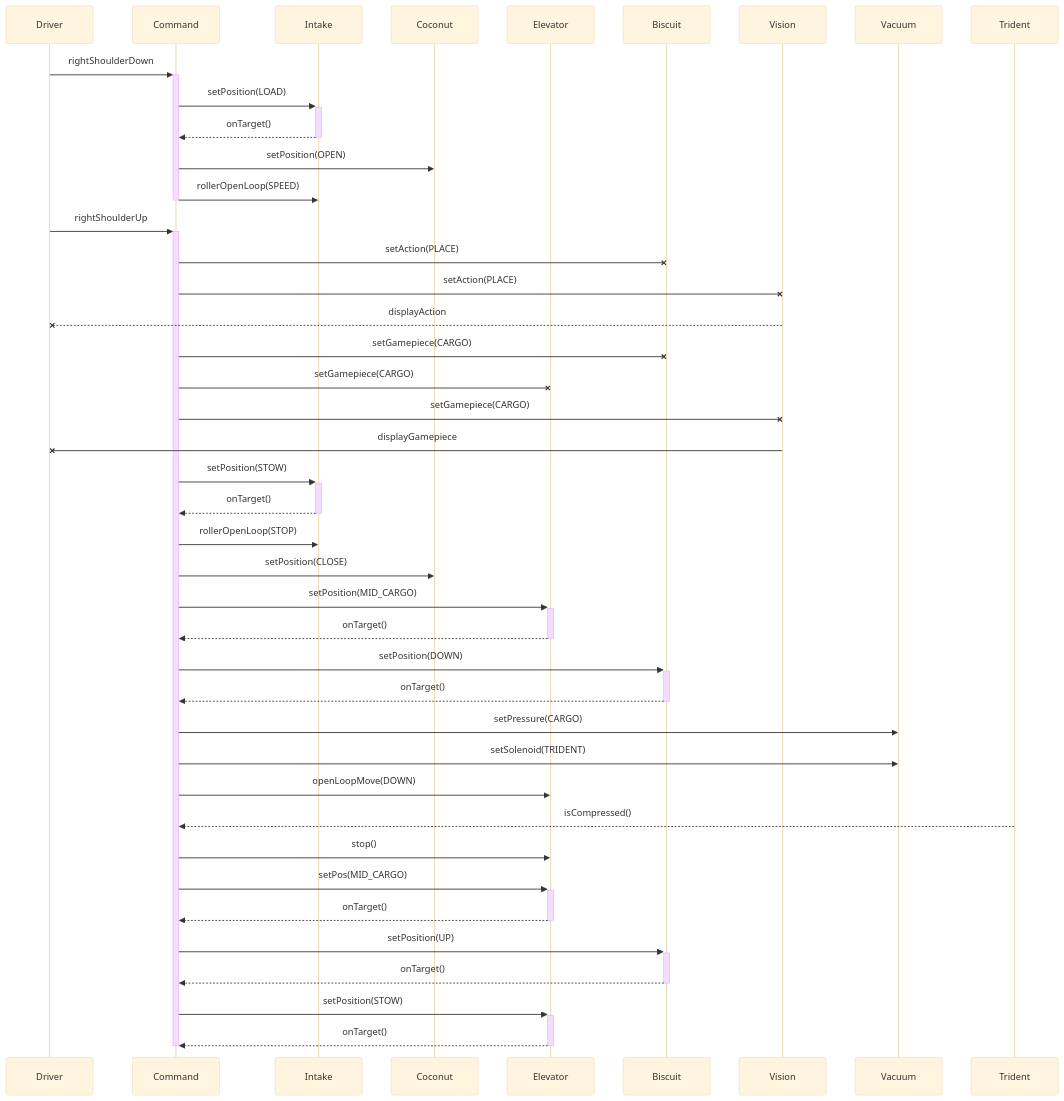
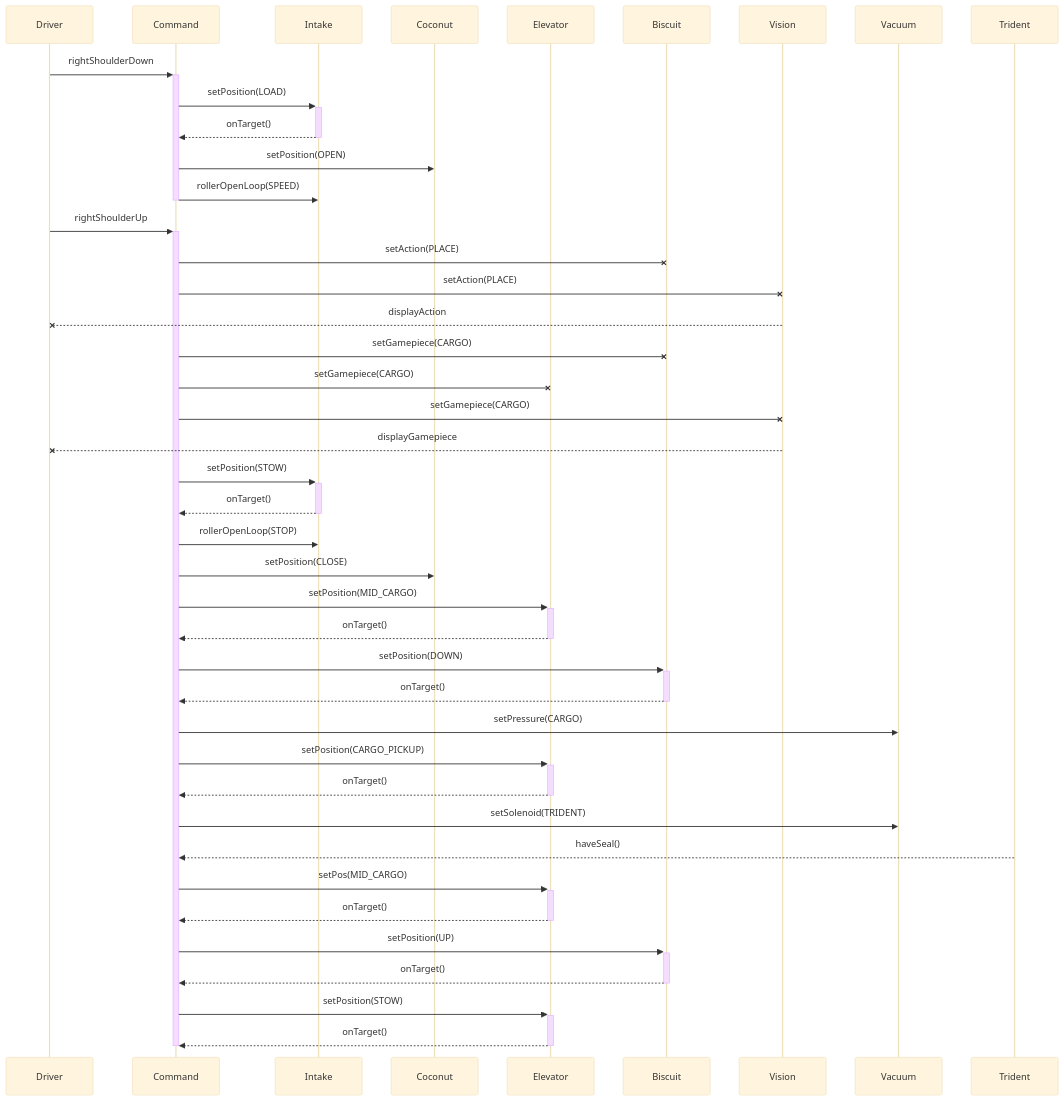
The diagram in docs/cargoPickupGround.mermaid (strykeforce/deepspace), drawn with Mermaid (base theme) before and after one commit. The commit also changed 1 other file, not shown here.

Commit message:
Update CargoGroundPickup sequence diagram

```diff
--- a/docs/cargoPickupGround.mermaid
+++ b/docs/cargoPickupGround.mermaid
@@ -1,47 +1,47 @@
 sequenceDiagram
 participant Driver
 participant Command
 Participant Intake
 Participant Coconut
 Participant Elevator
 Participant Biscuit
 Participant Vision
 Participant Vacuum
 Participant Trident
 
 
 Driver ->> +Command: rightShoulderDown
 Command ->> + Intake: setPosition(LOAD)
 Intake -->> -Command: onTarget()
 Command ->> Coconut: setPosition(OPEN)
 Command ->> -Intake: rollerOpenLoop(SPEED)
 
 
 Driver ->> +Command: rightShoulderUp
 Command -X Biscuit: setAction(PLACE)
 Command -X Vision: setAction(PLACE)
 Vision --X Driver: displayAction
 Command -X Biscuit: setGamepiece(CARGO)
 Command -X Elevator: setGamepiece(CARGO)
 Command -X Vision: setGamepiece(CARGO)
-Vision -X Driver: displayGamepiece
+Vision --X Driver: displayGamepiece
 Command ->>+ Intake: setPosition(STOW)
 Intake -->> -Command: onTarget()
 Command ->> Intake: rollerOpenLoop(STOP)
 Command ->> Coconut: setPosition(CLOSE)
 Command ->> +Elevator: setPosition(MID_CARGO)
 Elevator -->> -Command: onTarget()
 Command ->> +Biscuit: setPosition(DOWN)
 Biscuit -->> -Command: onTarget()
 Command ->> Vacuum: setPressure(CARGO)
+Command ->> +Elevator: setPosition(CARGO_PICKUP)
+Elevator -->> -Command: onTarget()
 Command ->> Vacuum: setSolenoid(TRIDENT)
-Command ->> Elevator: openLoopMove(DOWN)
-Trident -->> Command: isCompressed()
-Command ->> Elevator: stop()
+Trident -->> Command: haveSeal()
 Command ->> +Elevator: setPos(MID_CARGO)
 Elevator -->> -Command: onTarget()
 Command ->> +Biscuit: setPosition(UP)
 Biscuit -->> -Command: onTarget()
 Command ->> +Elevator: setPosition(STOW)
 Elevator -->> -Command: onTarget()
 deactivate Command
```
